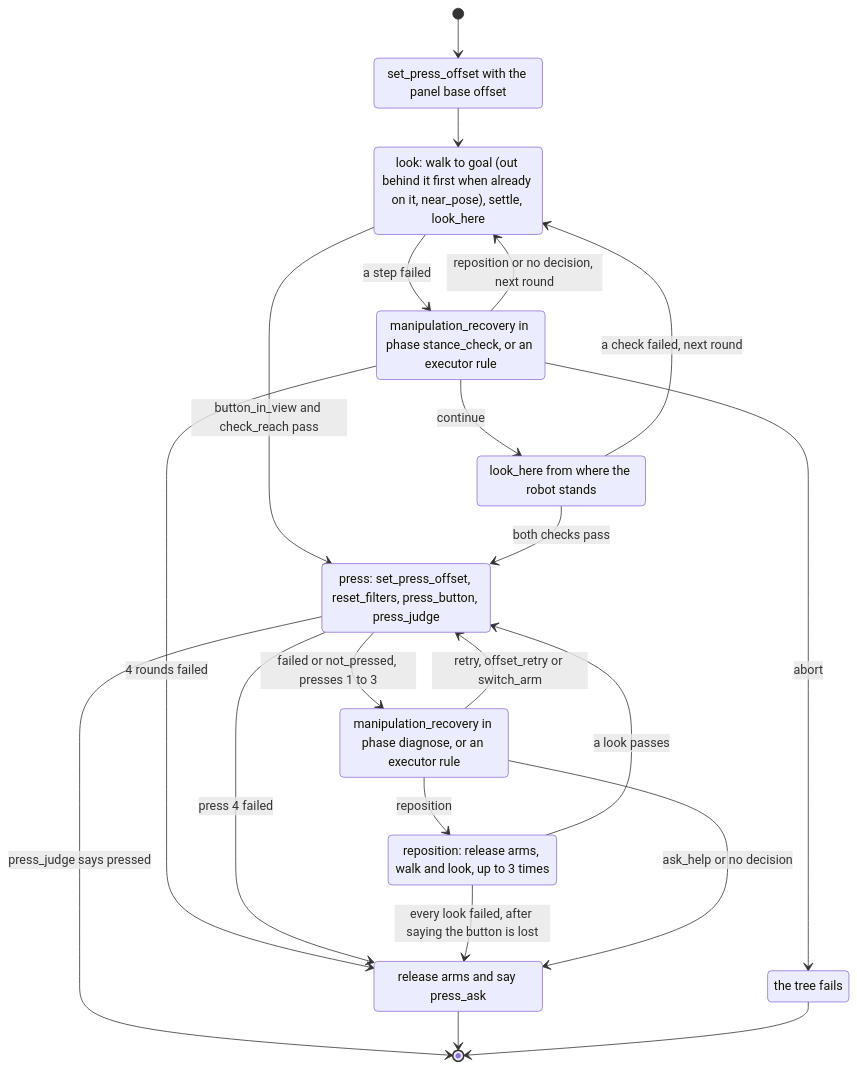
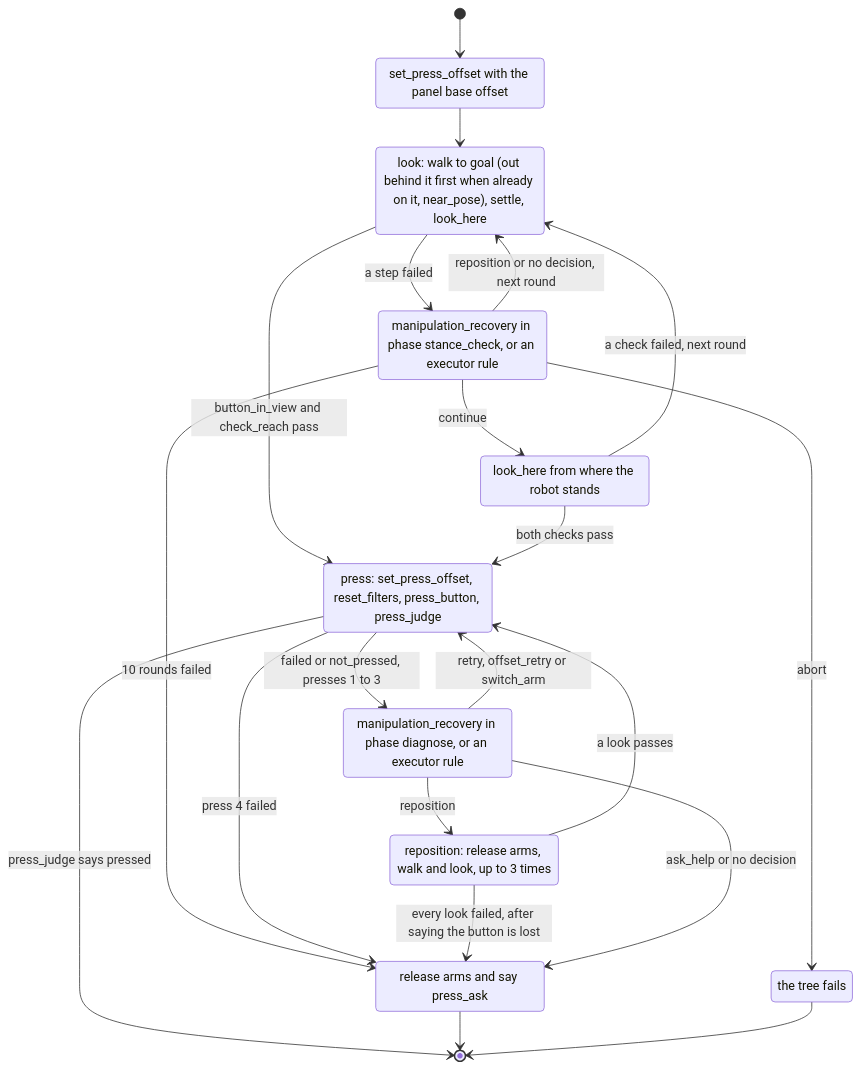
The third of 3 diagrams in docs/design/trees.md (EigenVectorRobotics/orchestrator), drawn with Mermaid before and after one commit. The commit also changed 3 other files, not shown here.

First line of the commit message:
fix(press): allow 10 stance-check rounds before asking for help (was 4)

````diff
--- a/docs/design/trees.md
+++ b/docs/design/trees.md
@@ -92,32 +92,32 @@
 ```mermaid
 stateDiagram-v2
   state "set_press_offset with the panel base offset" as Base
   state "look: walk to goal (out behind it first when already on it, near_pose), settle, look_here" as Look
   state "manipulation_recovery in phase stance_check, or an executor rule" as StanceRec
   state "look_here from where the robot stands" as Here
   state "press: set_press_offset, reset_filters, press_button, press_judge" as Press
   state "manipulation_recovery in phase diagnose, or an executor rule" as Diagnose
   state "reposition: release arms, walk and look, up to 3 times" as Repo
   state "release arms and say press_ask" as Ask
   state "the tree fails" as Abort
   [*] --> Base
   Base --> Look
   Look --> Press : button_in_view and check_reach pass
   Look --> StanceRec : a step failed
   StanceRec --> Here : continue
   Here --> Press : both checks pass
   Here --> Look : a check failed, next round
   StanceRec --> Look : reposition or no decision, next round
-  StanceRec --> Ask : 4 rounds failed
+  StanceRec --> Ask : 10 rounds failed
   StanceRec --> Abort : abort
   Press --> [*] : press_judge says pressed
   Press --> Diagnose : failed or not_pressed, presses 1 to 3
   Press --> Ask : press 4 failed
   Diagnose --> Press : retry, offset_retry or switch_arm
   Diagnose --> Repo : reposition
   Repo --> Press : a look passes
   Repo --> Ask : every look failed, after saying the button is lost
   Diagnose --> Ask : ask_help or no decision
   Ask --> [*]
   Abort --> [*]
 ```
````
